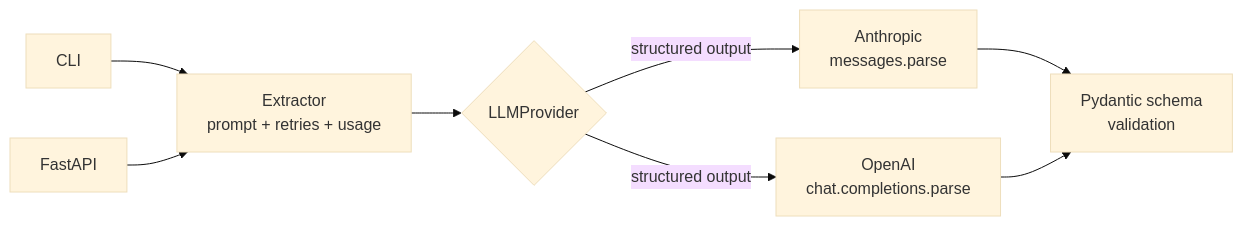
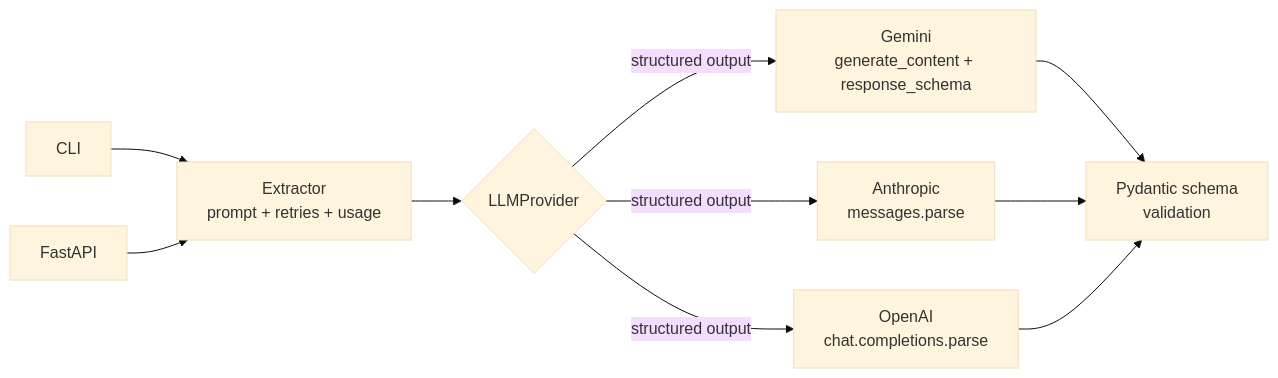
One commit to ArunRyzen/structured-extractor changed the diagram in README.md. Above: the diagram before and after it, drawn with Mermaid (base theme). The commit also changed other lines of this file and 15 other files, not shown here.

````diff
--- a/README.md
+++ b/README.md
@@ -56,10 +79,12 @@
 ```mermaid
 flowchart LR
     CLI[CLI] --> EX
     API[FastAPI] --> EX
     EX[Extractor<br/>prompt + retries + usage] --> P{LLMProvider}
+    P -->|structured output| G[Gemini<br/>generate_content + response_schema]
     P -->|structured output| A[Anthropic<br/>messages.parse]
     P -->|structured output| O[OpenAI<br/>chat.completions.parse]
-    A --> V[Pydantic schema<br/>validation]
+    G --> V[Pydantic schema<br/>validation]
+    A --> V
     O --> V
 ```
````
